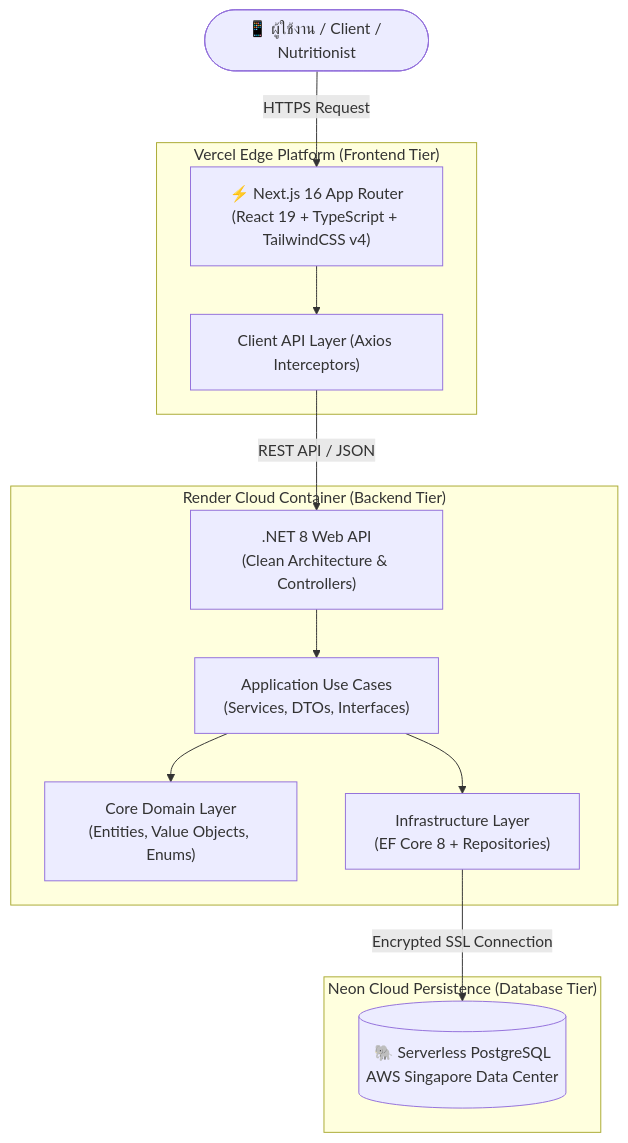
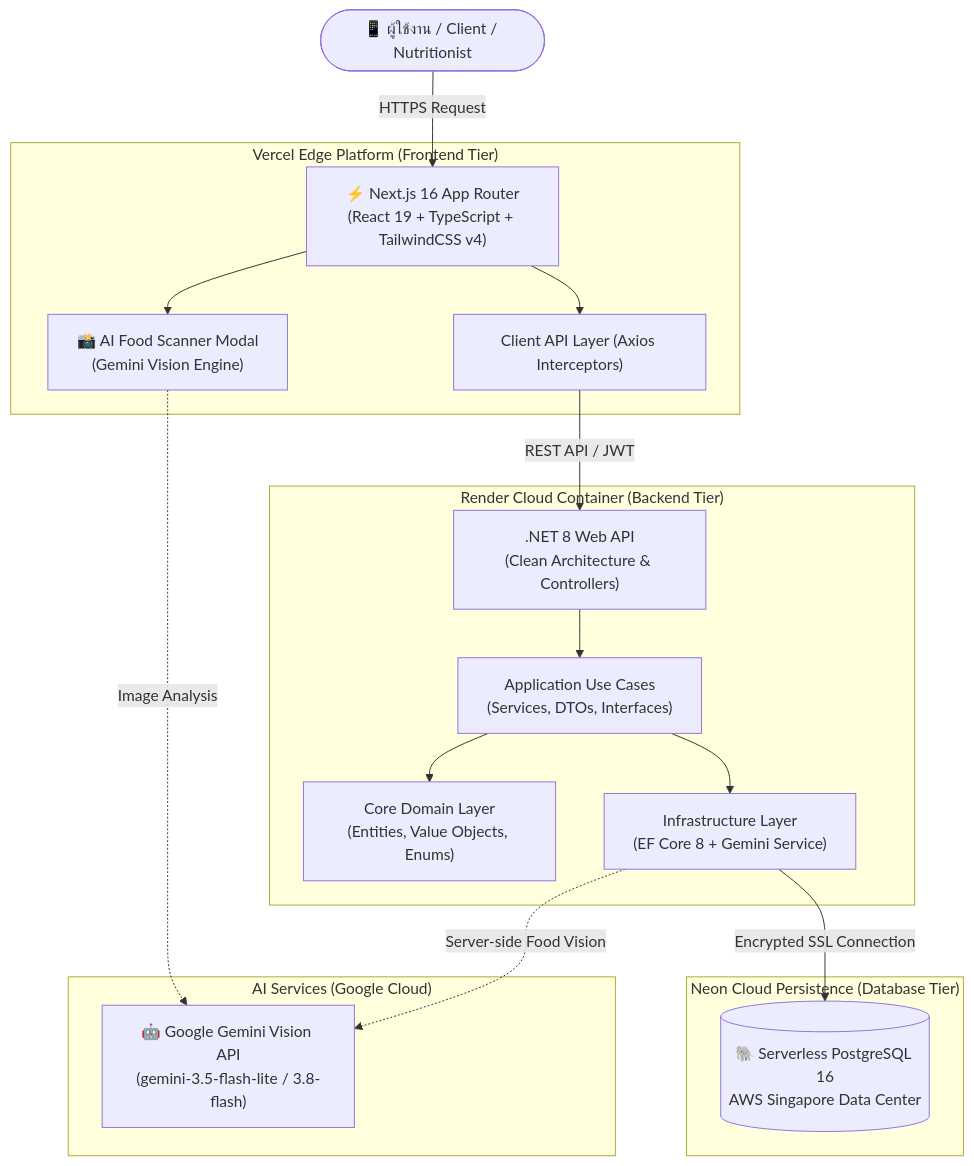
The first of 2 diagrams in README.md (6731470008-web/NutriPlan), drawn with Mermaid before and after one commit. The commit also changed other lines of this file, not shown here.

Commit message:
docs(readme): update README to reflect current system features, Gemini Vision AI, responsive viewport, and demo accounts

````diff
--- a/README.md
+++ b/README.md
@@ -75,28 +100,36 @@
 ```mermaid
 graph TD
     User([📱 ผู้ใช้งาน / Client / Nutritionist])
     
     subgraph "Vercel Edge Platform (Frontend Tier)"
         NextJS["⚡ Next.js 16 App Router<br/>(React 19 + TypeScript + TailwindCSS v4)"]
+        ScannerModal["📸 AI Food Scanner Modal<br/>(Gemini Vision Engine)"]
         Axios["Client API Layer (Axios Interceptors)"]
+    end
+
+    subgraph "AI Services (Google Cloud)"
+        Gemini["🤖 Google Gemini Vision API<br/>(gemini-3.5-flash-lite / 3.8-flash)"]
     end
     
     subgraph "Render Cloud Container (Backend Tier)"
         NETCore[".NET 8 Web API<br/>(Clean Architecture & Controllers)"]
         Domain["Core Domain Layer<br/>(Entities, Value Objects, Enums)"]
         AppLayer["Application Use Cases<br/>(Services, DTOs, Interfaces)"]
-        Infra["Infrastructure Layer<br/>(EF Core 8 + Repositories)"]
+        Infra["Infrastructure Layer<br/>(EF Core 8 + Gemini Service)"]
     end
     
     subgraph "Neon Cloud Persistence (Database Tier)"
-        Postgres[(🐘 Serverless PostgreSQL<br/>AWS Singapore Data Center)]
+        Postgres[(🐘 Serverless PostgreSQL 16<br/>AWS Singapore Data Center)]
     end
 
     User -->|HTTPS Request| NextJS
+    NextJS --> ScannerModal
+    ScannerModal -.->|Image Analysis| Gemini
     NextJS --> Axios
-    Axios -->|REST API / JSON| NETCore
+    Axios -->|REST API / JWT| NETCore
     NETCore --> AppLayer
     AppLayer --> Domain
     AppLayer --> Infra
+    Infra -.->|Server-side Food Vision| Gemini
     Infra -->|Encrypted SSL Connection| Postgres
 ```
````
